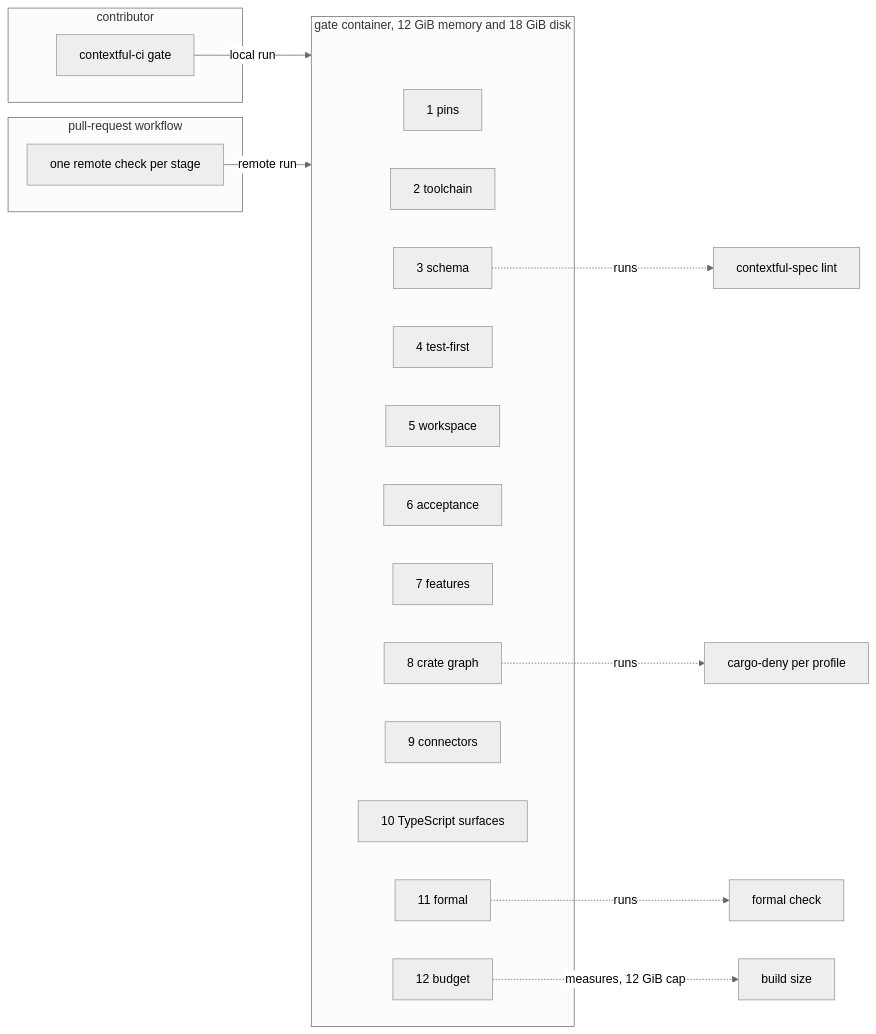
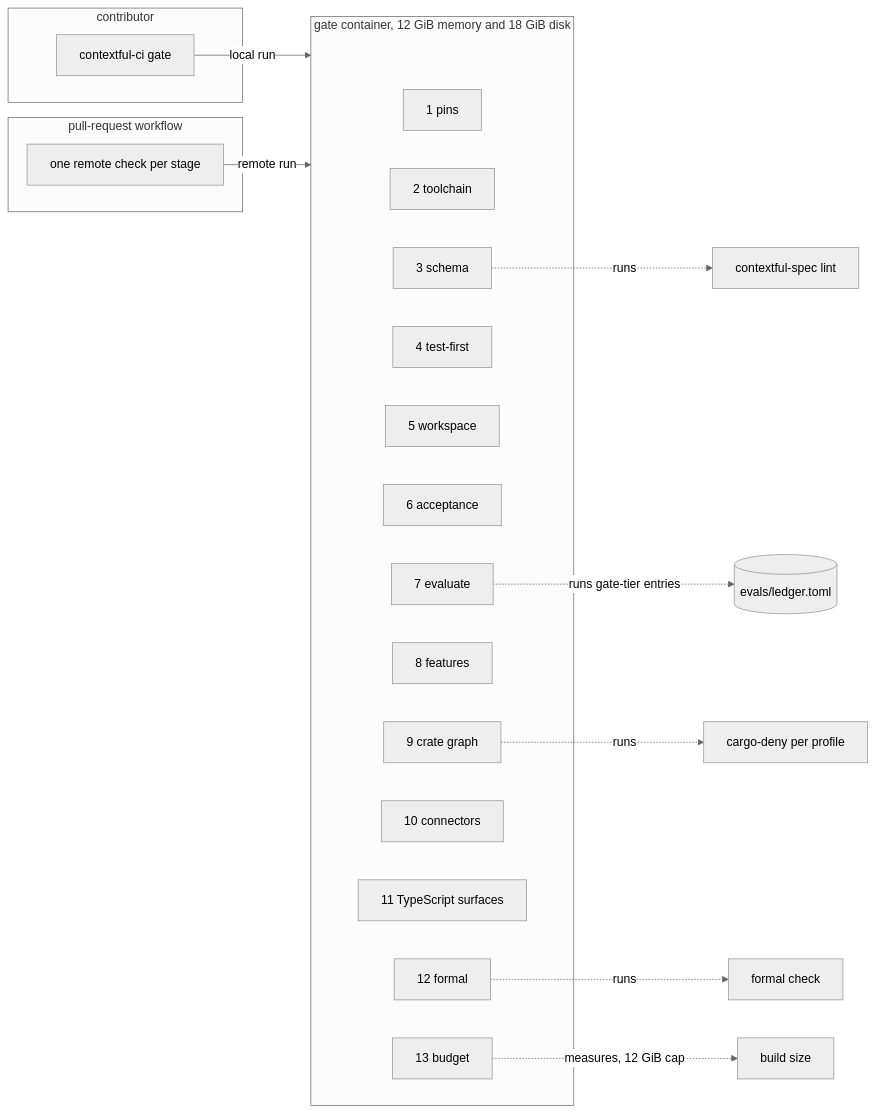
The third of 4 diagrams in spec/81-engineering.md (fractalboxdev/contextful), drawn with Mermaid (neutral theme) before and after one commit. The commit also changed other lines of this file and 26 other files, not shown here.

First line of the commit message:
assurance: a target ledger the evaluate stage resolves, runs and holds

````diff
--- a/spec/81-engineering.md
+++ b/spec/81-engineering.md
@@ -188,29 +190,31 @@
 ```mermaid
 flowchart LR
   subgraph contributor["contributor"]
     LOCAL["contextful-ci gate"]
   end
   subgraph forge["pull-request workflow"]
     WF["one remote check per stage"]
   end
   LOCAL -->|"local run"| C
   WF -->|"remote run"| C
   subgraph C["gate container, 12 GiB memory and 18 GiB disk"]
     S1["1 pins"]
     S2["2 toolchain"]
     S3["3 schema"]
     S4["4 test-first"]
     S5["5 workspace"]
     S6["6 acceptance"]
-    S7["7 features"]
-    S8["8 crate graph"]
-    S9["9 connectors"]
-    S10["10 TypeScript surfaces"]
-    S11["11 formal"]
-    S12["12 budget"]
+    S7["7 evaluate"]
+    S8["8 features"]
+    S9["9 crate graph"]
+    S10["10 connectors"]
+    S11["11 TypeScript surfaces"]
+    S12["12 formal"]
+    S13["13 budget"]
   end
   S3 -.->|"runs"| LINT["contextful-spec lint"]
-  S8 -.->|"runs"| DENY["cargo-deny per profile"]
-  S11 -.->|"runs"| FORM["formal check"]
-  S12 -.->|"measures, 12 GiB cap"| SIZE["build size"]
+  S7 -.->|"runs gate-tier entries"| LEDGER[("evals/ledger.toml")]
+  S9 -.->|"runs"| DENY["cargo-deny per profile"]
+  S12 -.->|"runs"| FORM["formal check"]
+  S13 -.->|"measures, 12 GiB cap"| SIZE["build size"]
 ```
````
